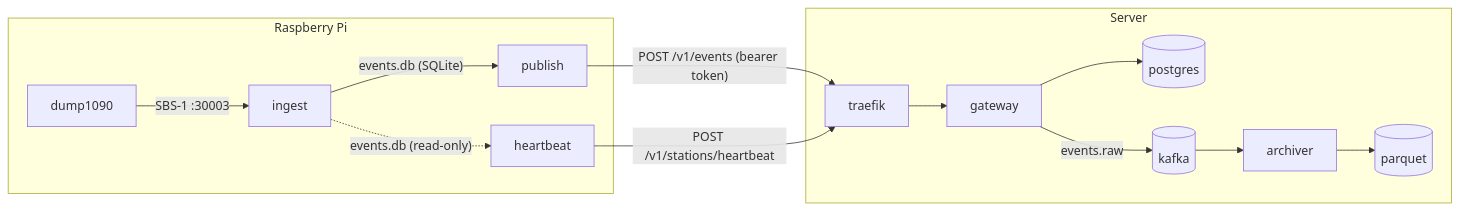
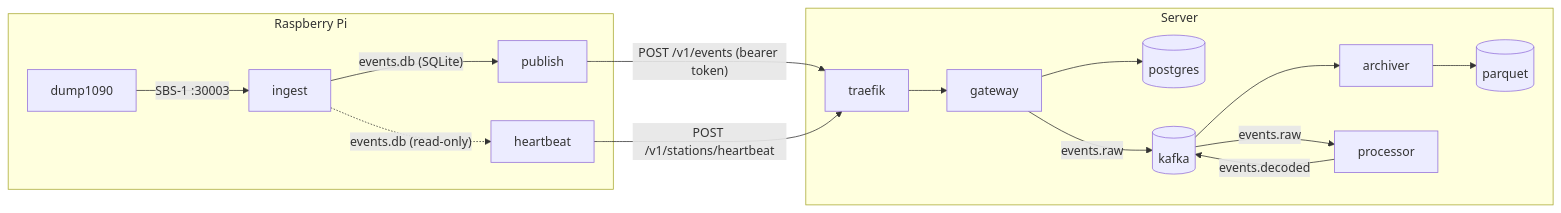
One commit to matthew-vance/listening-post changed the diagram in README.md. Above: the diagram before and after it, drawn with Mermaid. The commit also changed other lines of this file and 14 other files, not shown here.

````diff
--- a/README.md
+++ b/README.md
@@ -7,16 +7,17 @@
 ```mermaid
 flowchart LR
     subgraph pi [Raspberry Pi]
         dump1090 -- "SBS-1 :30003" --> ingest
         ingest -- "events.db (SQLite)" --> publish
         ingest -. "events.db (read-only)" .-> heartbeat
     end
     subgraph server [Server]
         traefik --> gateway
         gateway --> postgres[(postgres)]
         gateway -- "events.raw" --> kafka[(kafka)]
         kafka --> archiver --> archive[(parquet)]
+        kafka -- "events.raw" --> processor -- "events.decoded" --> kafka
     end
     publish -- "POST /v1/events (bearer token)" --> traefik
     heartbeat -- "POST /v1/stations/heartbeat" --> traefik
 ```
````
